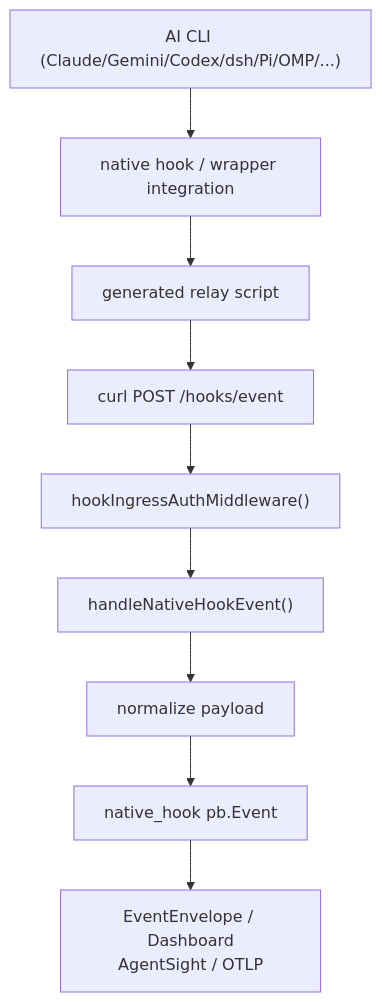
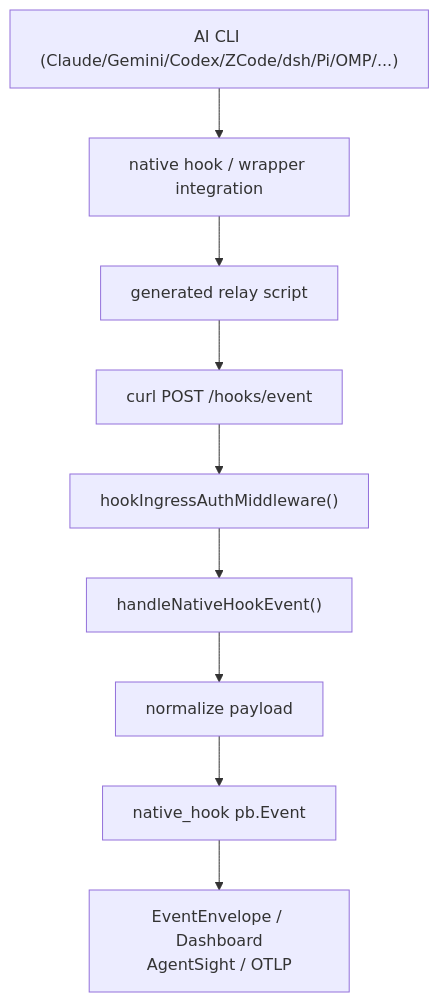
The diagram in docs/integrations/native-hooks.md (stevessr/agent-ebpf-filter), drawn with Mermaid before and after one commit. The commit also changed other lines of this file, not shown here.

Commit message:
docs(zcode): describe runtime monitoring and sandbox boundary

````diff
--- a/docs/integrations/native-hooks.md
+++ b/docs/integrations/native-hooks.md
@@ -9,11 +9,11 @@
 ```mermaid
 flowchart TD
-    CLI["AI CLI (Claude/Gemini/Codex/dsh/Pi/OMP/...)"] --> Hook["native hook / wrapper integration"]
+    CLI["AI CLI (Claude/Gemini/Codex/ZCode/dsh/Pi/OMP/...)"] --> Hook["native hook / wrapper integration"]
     Hook --> Relay["generated relay script"]
     Relay --> Curl["curl POST /hooks/event"]
     Curl --> Auth["hookIngressAuthMiddleware()"]
     Auth --> Handler["handleNativeHookEvent()"]
     Handler --> Normalize["normalize payload"]
     Normalize --> Event["native_hook pb.Event"]
     Event --> Sinks["EventEnvelope / Dashboard<br/>AgentSight / OTLP"]
 ```
````
